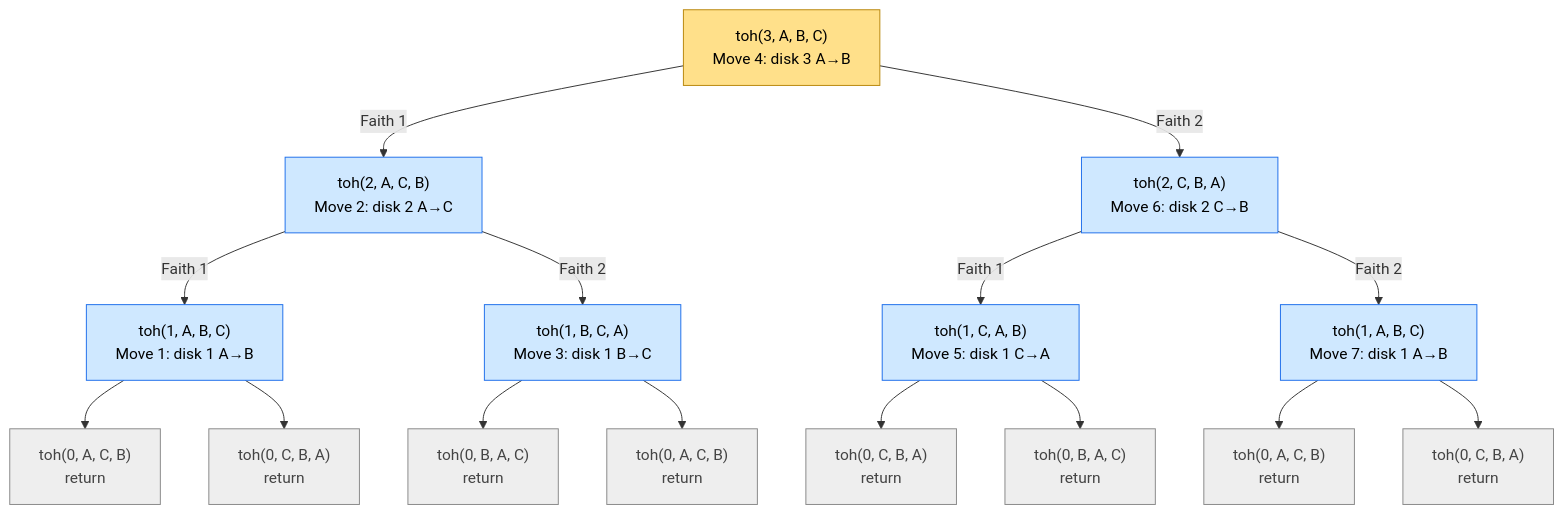
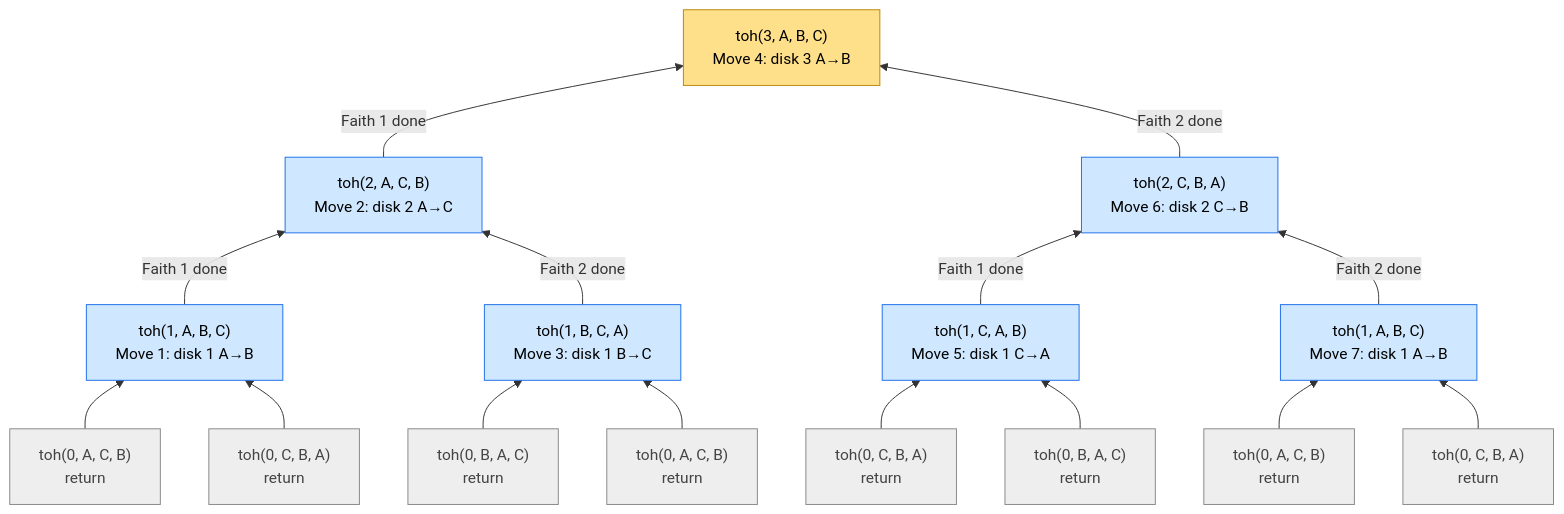
Before and after one commit to arpit-cts/do_dsa: the first of 2 diagrams in dsa/recursion/tower-of-hanoi/README.md, drawn with Mermaid. The commit also changed other lines of this file and 1 other file, not shown here.

````diff
--- a/dsa/recursion/tower-of-hanoi/README.md
+++ b/dsa/recursion/tower-of-hanoi/README.md
@@ -326,40 +331,40 @@
 ```mermaid
-flowchart TD
-    T3["toh(3, A, B, C)<br/>Move 4: disk 3 A→B"]
-    T2a["toh(2, A, C, B)<br/>Move 2: disk 2 A→C"]
-    T2b["toh(2, C, B, A)<br/>Move 6: disk 2 C→B"]
-    T1a["toh(1, A, B, C)<br/>Move 1: disk 1 A→B"]
-    T1b["toh(1, B, C, A)<br/>Move 3: disk 1 B→C"]
-    T1c["toh(1, C, A, B)<br/>Move 5: disk 1 C→A"]
-    T1d["toh(1, A, B, C)<br/>Move 7: disk 1 A→B"]
+flowchart BT
     Z1["toh(0, A, C, B)<br/>return"]
     Z2["toh(0, C, B, A)<br/>return"]
     Z3["toh(0, B, A, C)<br/>return"]
     Z4["toh(0, A, C, B)<br/>return"]
     Z5["toh(0, C, B, A)<br/>return"]
     Z6["toh(0, B, A, C)<br/>return"]
     Z7["toh(0, A, C, B)<br/>return"]
     Z8["toh(0, C, B, A)<br/>return"]
+    T1a["toh(1, A, B, C)<br/>Move 1: disk 1 A→B"]
+    T1b["toh(1, B, C, A)<br/>Move 3: disk 1 B→C"]
+    T1c["toh(1, C, A, B)<br/>Move 5: disk 1 C→A"]
+    T1d["toh(1, A, B, C)<br/>Move 7: disk 1 A→B"]
+    T2a["toh(2, A, C, B)<br/>Move 2: disk 2 A→C"]
+    T2b["toh(2, C, B, A)<br/>Move 6: disk 2 C→B"]
+    T3["toh(3, A, B, C)<br/>Move 4: disk 3 A→B"]
 
-    T3 -->|"Faith 1"| T2a
-    T3 -->|"Faith 2"| T2b
-    T2a -->|"Faith 1"| T1a
-    T2a -->|"Faith 2"| T1b
-    T2b -->|"Faith 1"| T1c
-    T2b -->|"Faith 2"| T1d
-    T1a --> Z1
-    T1a --> Z2
-    T1b --> Z3
-    T1b --> Z4
-    T1c --> Z5
-    T1c --> Z6
-    T1d --> Z7
-    T1d --> Z8
+    Z1 --> T1a
+    Z2 --> T1a
+    Z3 --> T1b
+    Z4 --> T1b
+    Z5 --> T1c
+    Z6 --> T1c
+    Z7 --> T1d
+    Z8 --> T1d
+    T1a -->|"Faith 1 done"| T2a
+    T1b -->|"Faith 2 done"| T2a
+    T1c -->|"Faith 1 done"| T2b
+    T1d -->|"Faith 2 done"| T2b
+    T2a -->|"Faith 1 done"| T3
+    T2b -->|"Faith 2 done"| T3
 
     classDef top fill:#ffe08a,stroke:#b8860b,color:#000
     classDef mid fill:#cfe8ff,stroke:#1f6feb,color:#000
     classDef base fill:#eeeeee,stroke:#888888,color:#444
     class T3 top
     class T2a,T2b,T1a,T1b,T1c,T1d mid
     class Z1,Z2,Z3,Z4,Z5,Z6,Z7,Z8 base
 ```
````
